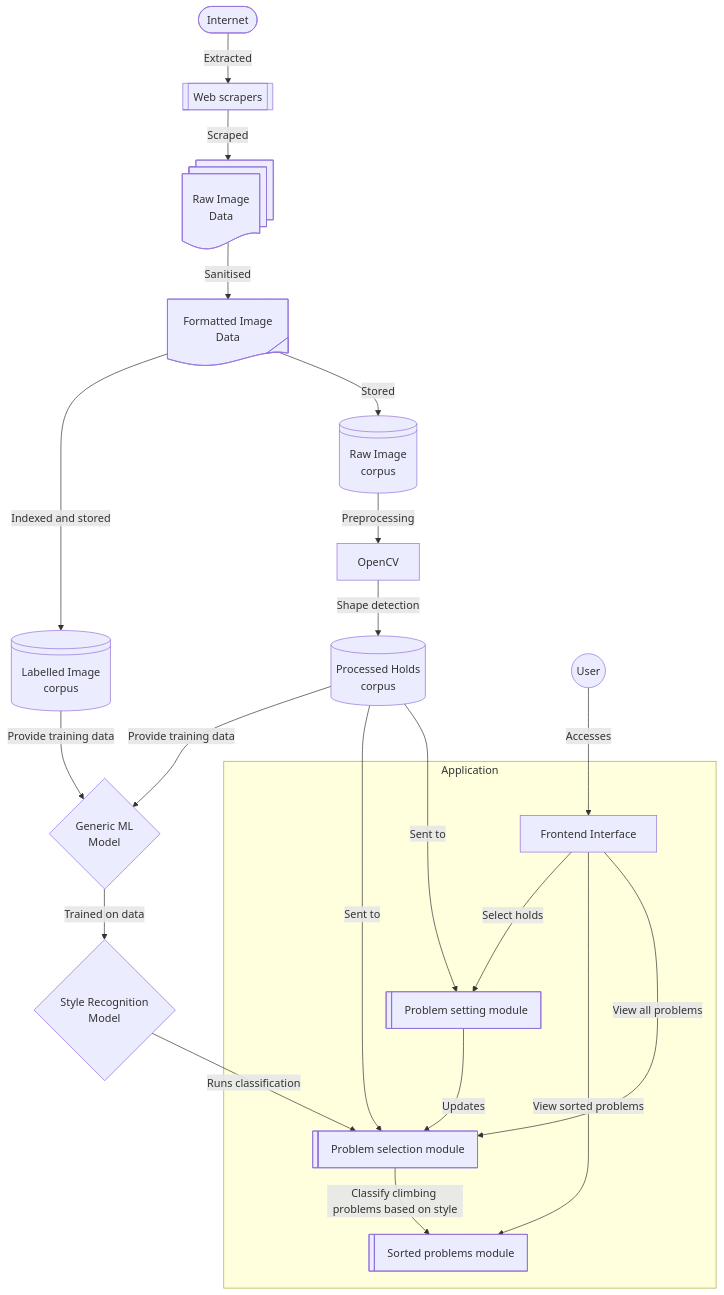
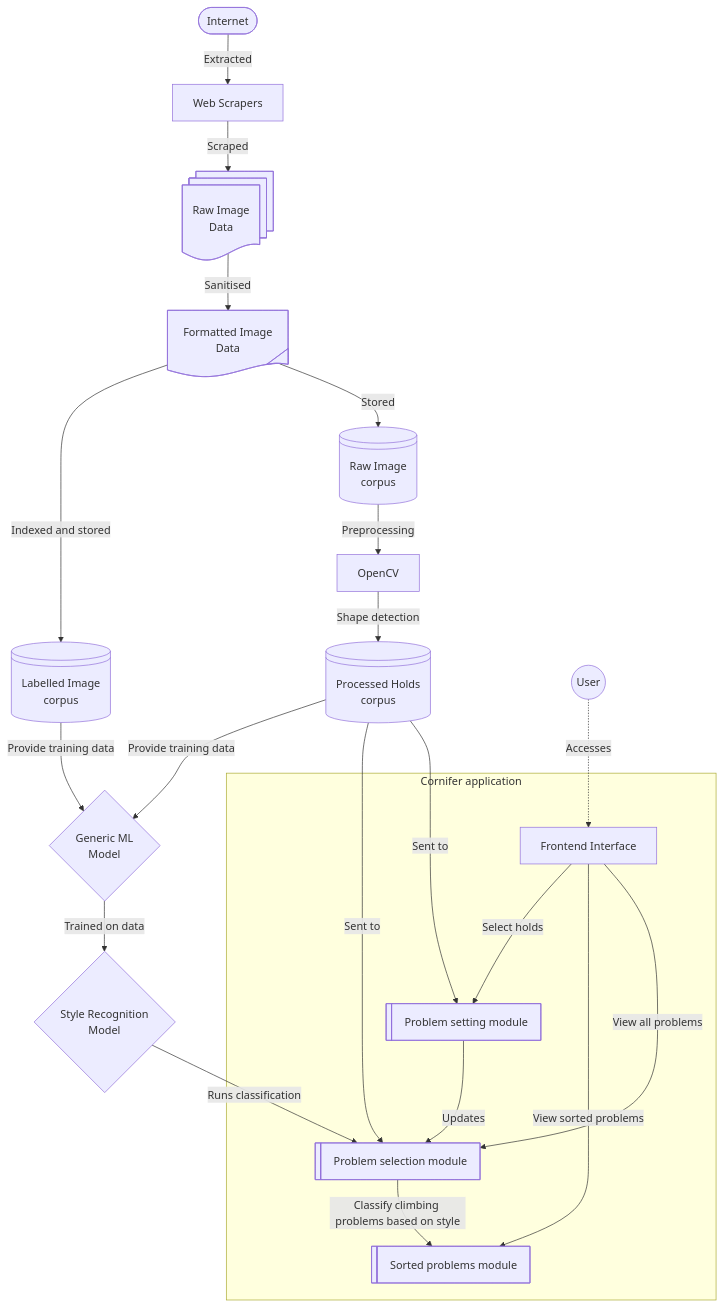
Before and after one commit to gongahkia/cornifer: the diagram in README.md, drawn with Mermaid.

Commit message:
feat(app): readme archi done

````diff
--- a/README.md
+++ b/README.md
@@ -13,24 +13,24 @@
 ```mermaid
 graph TD;
-    V([Internet]) -->|Extracted| W@{ shape: subproc, label: "Web scrapers"}
+    V([Internet]) --> |Extracted| W[Web Scrapers]
     W --> |Scraped| Data@{shape: docs, label: "Raw Image<br>Data"}
-    Data -->|Sanitised| Formatted@{ shape: tag-doc, label: "Formatted Image<br>Data"}
+    Data --> |Sanitised| Formatted@{ shape: tag-doc, label: "Formatted Image<br>Data"}
     Formatted --> |Stored| A@{ shape: lin-cyl, label: "Raw Image<br>corpus" }
     Formatted --> |Indexed and stored| B@{ shape: lin-cyl, label: "Labelled Image<br>corpus" }
     A --> |Preprocessing| E[OpenCV]
-    E -->|Shape detection| F[(Processed Holds<br>corpus)]
-    F -->|Sent to| G@{ shape: lin-rect, label: "Problem setting module"}
-    F -->|Sent to| L@{ shape: lin-rect, label: "Problem selection module"}
+    E --> |Shape detection| F@{ shape: lin-cyl, label: "Processed Holds<br>corpus"}
+    F --> |Sent to| G@{ shape: lin-rect, label: "Problem setting module"}
+    F --> |Sent to| L@{ shape: lin-rect, label: "Problem selection module"}
     G -->|Updates| L
-    M@{ shape: circle, label: "User" } --> |Accesses| K
-    subgraph "Application"
-        K[Frontend Interface]-->|View all problems|L
+    M@{ shape: circle, label: "User" } -.-> |Accesses| K
+    subgraph "Cornifer application"
+        K[Frontend Interface] --> |View all problems|L
         K --> |View sorted problems| Y
         K --> |Select holds|G
     end
-    B -->|Provide training data| H@{ shape: diamond, label: "Generic ML<br>Model" }
-    F -->|Provide training data| H
-    H -->|Trained on data| I@{ shape: diamond, label: "Style Recognition<br>Model"}
+    B --> |Provide training data| H@{ shape: diamond, label: "Generic ML<br>Model" }
+    F --> |Provide training data| H
+    H --> |Trained on data| I@{ shape: diamond, label: "Style Recognition<br>Model"}
     I --> |Runs classification| L
     L --> |Classify climbing problems based on style| Y@{ shape: lin-rect, label: "Sorted problems module"}
 ```
````
